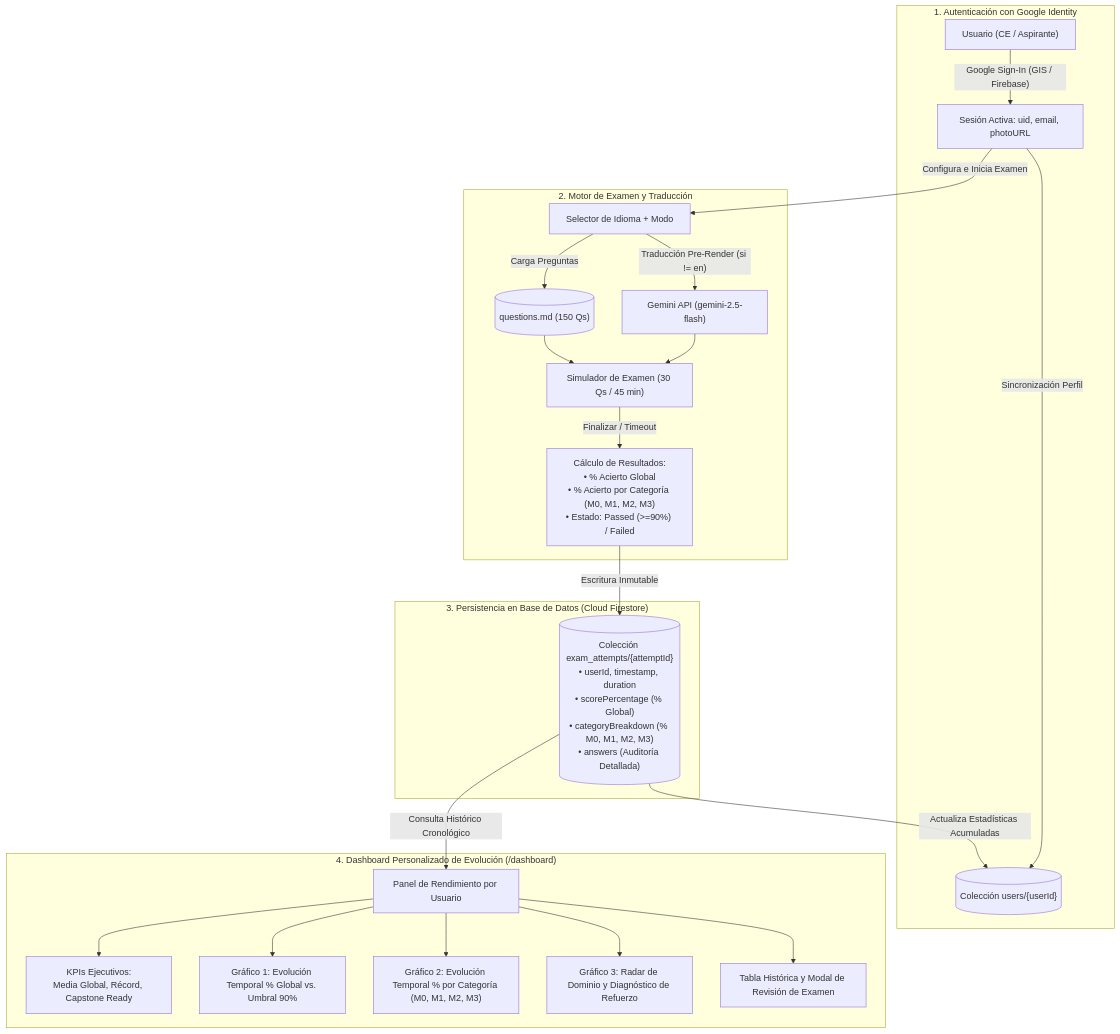
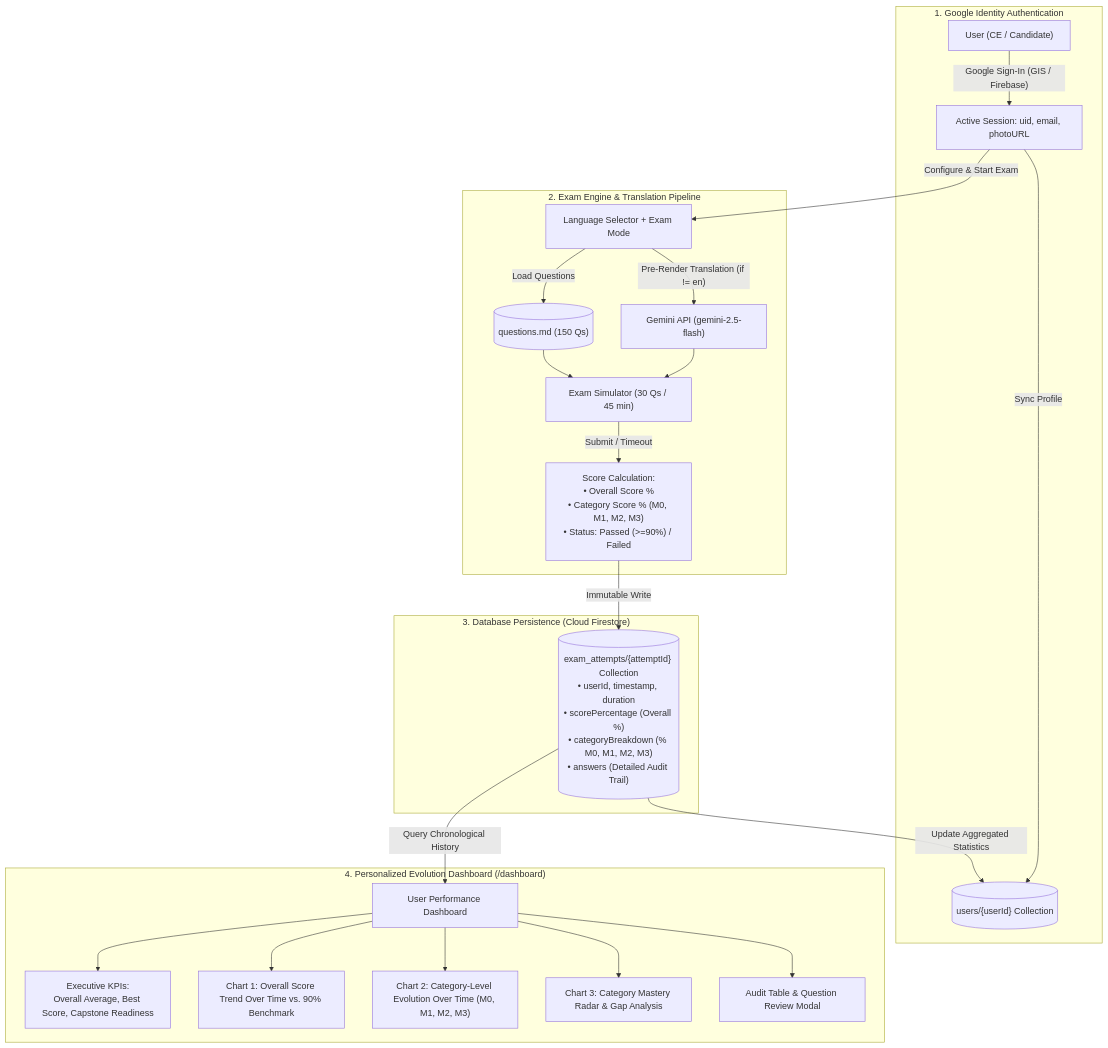
Before and after one commit to jrdetorre-google/elevate-capstone-test: the diagram in spec.md, drawn with Mermaid. The commit also changed other lines of this file and 1 other file, not shown here.

````diff
--- a/spec.md
+++ b/spec.md
@@ -64,30 +64,30 @@
 ```mermaid
 flowchart TD
-    subgraph Auth["1. Autenticación con Google Identity"]
-        A["Usuario (CE / Aspirante)"] -->|"Google Sign-In (GIS / Firebase)"| B["Sesión Activa: uid, email, photoURL"]
-        B -->|"Sincronización Perfil"| USR[("Colección users/{userId}")]
+    subgraph Auth["1. Google Identity Authentication"]
+        A["User (CE / Candidate)"] -->|"Google Sign-In (GIS / Firebase)"| B["Active Session: uid, email, photoURL"]
+        B -->|"Sync Profile"| USR[("users/{userId} Collection")]
     end
 
-    subgraph Exam["2. Motor de Examen y Traducción"]
-        B -->|"Configura e Inicia Examen"| C["Selector de Idioma + Modo"]
-        C -->|"Carga Preguntas"| Q[("questions.md (150 Qs)")]
-        C -->|"Traducción Pre-Render (si != en)"| GEM["Gemini API (gemini-2.5-flash)"]
-        GEM --> D["Simulador de Examen (30 Qs / 45 min)"]
+    subgraph Exam["2. Exam Engine & Translation Pipeline"]
+        B -->|"Configure & Start Exam"| C["Language Selector + Exam Mode"]
+        C -->|"Load Questions"| Q[("questions.md (150 Qs)")]
+        C -->|"Pre-Render Translation (if != en)"| GEM["Gemini API (gemini-2.5-flash)"]
+        GEM --> D["Exam Simulator (30 Qs / 45 min)"]
         Q --> D
-        D -->|"Finalizar / Timeout"| EVAL["Cálculo de Resultados:\n• % Acierto Global\n• % Acierto por Categoría (M0, M1, M2, M3)\n• Estado: Passed (>=90%) / Failed"]
+        D -->|"Submit / Timeout"| EVAL["Score Calculation:\n• Overall Score %\n• Category Score % (M0, M1, M2, M3)\n• Status: Passed (>=90%) / Failed"]
     end
 
-    subgraph Database["3. Persistencia en Base de Datos (Cloud Firestore)"]
-        EVAL -->|"Escritura Inmutable"| DB[("Colección exam_attempts/{attemptId}\n• userId, timestamp, duration\n• scorePercentage (% Global)\n• categoryBreakdown (% M0, M1, M2, M3)\n• answers (Auditoría Detallada)")]
-        DB -->|"Actualiza Estadísticas Acumuladas"| USR
+    subgraph Database["3. Database Persistence (Cloud Firestore)"]
+        EVAL -->|"Immutable Write"| DB[("exam_attempts/{attemptId} Collection\n• userId, timestamp, duration\n• scorePercentage (Overall %)\n• categoryBreakdown (% M0, M1, M2, M3)\n• answers (Detailed Audit Trail)")]
+        DB -->|"Update Aggregated Statistics"| USR
     end
 
-    subgraph Dashboard["4. Dashboard Personalizado de Evolución (/dashboard)"]
-        DB -->|"Consulta Histórico Cronológico"| DASH["Panel de Rendimiento por Usuario"]
-        DASH --> KPI["KPIs Ejecutivos:\nMedia Global, Récord, Capstone Ready"]
-        DASH --> CH1["Gráfico 1: Evolución Temporal % Global vs. Umbral 90%"]
-        DASH --> CH2["Gráfico 2: Evolución Temporal % por Categoría (M0, M1, M2, M3)"]
-        DASH --> CH3["Gráfico 3: Radar de Dominio y Diagnóstico de Refuerzo"]
-        DASH --> REV["Tabla Histórica y Modal de Revisión de Examen"]
+    subgraph Dashboard["4. Personalized Evolution Dashboard (/dashboard)"]
+        DB -->|"Query Chronological History"| DASH["User Performance Dashboard"]
+        DASH --> KPI["Executive KPIs:\nOverall Average, Best Score, Capstone Readiness"]
+        DASH --> CH1["Chart 1: Overall Score Trend Over Time vs. 90% Benchmark"]
+        DASH --> CH2["Chart 2: Category-Level Evolution Over Time (M0, M1, M2, M3)"]
+        DASH --> CH3["Chart 3: Category Mastery Radar & Gap Analysis"]
+        DASH --> REV["Audit Table & Question Review Modal"]
     end
 ```
````
